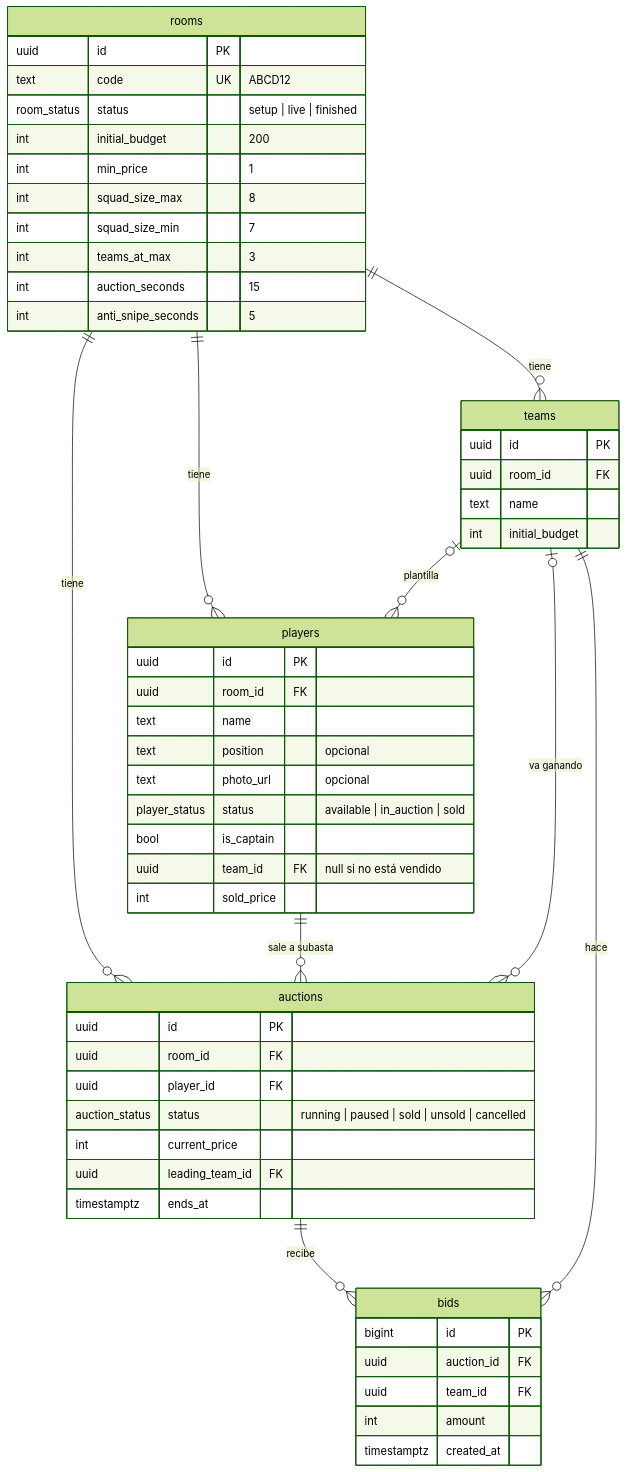
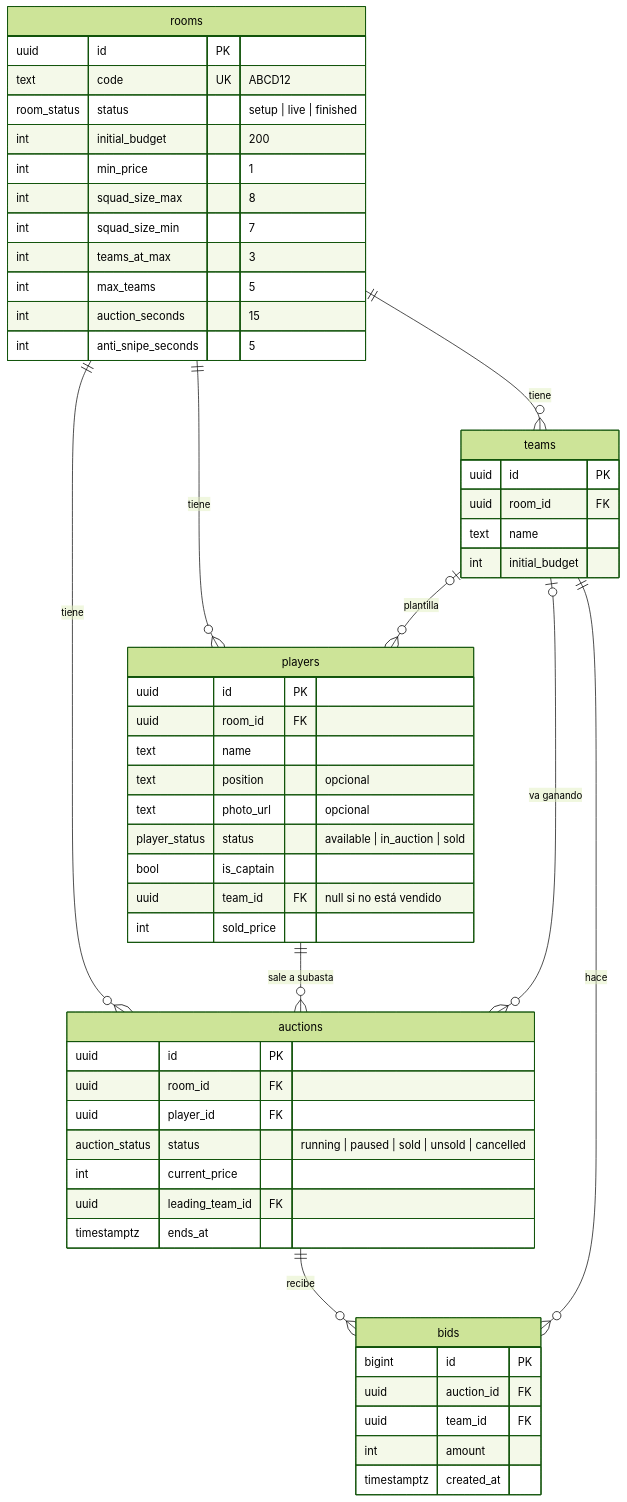
The diagram in docs/modelo-de-datos.md (Nachosanchezz/PUJAS), drawn with Mermaid (forest theme) before and after one commit. The commit also changed other lines of this file and 19 other files, not shown here.

````diff
--- a/docs/modelo-de-datos.md
+++ b/docs/modelo-de-datos.md
@@ -7,57 +7,58 @@
 ```mermaid
 erDiagram
   rooms ||--o{ teams : "tiene"
   rooms ||--o{ players : "tiene"
   rooms ||--o{ auctions : "tiene"
   teams |o--o{ players : "plantilla"
   players ||--o{ auctions : "sale a subasta"
   auctions ||--o{ bids : "recibe"
   teams ||--o{ bids : "hace"
   teams |o--o{ auctions : "va ganando"
 
   rooms {
     uuid id PK
     text code UK "ABCD12"
     room_status status "setup | live | finished"
     int initial_budget "200"
     int min_price "1"
     int squad_size_max "8"
     int squad_size_min "7"
     int teams_at_max "3"
+    int max_teams "5"
     int auction_seconds "15"
     int anti_snipe_seconds "5"
   }
   teams {
     uuid id PK
     uuid room_id FK
     text name
     int initial_budget
   }
   players {
     uuid id PK
     uuid room_id FK
     text name
     text position "opcional"
     text photo_url "opcional"
     player_status status "available | in_auction | sold"
     bool is_captain
     uuid team_id FK "null si no está vendido"
     int sold_price
   }
   auctions {
     uuid id PK
     uuid room_id FK
     uuid player_id FK
     auction_status status "running | paused | sold | unsold | cancelled"
     int current_price
     uuid leading_team_id FK
     timestamptz ends_at
   }
   bids {
     bigint id PK
     uuid auction_id FK
     uuid team_id FK
     int amount
     timestamptz created_at
   }
 ```
````
